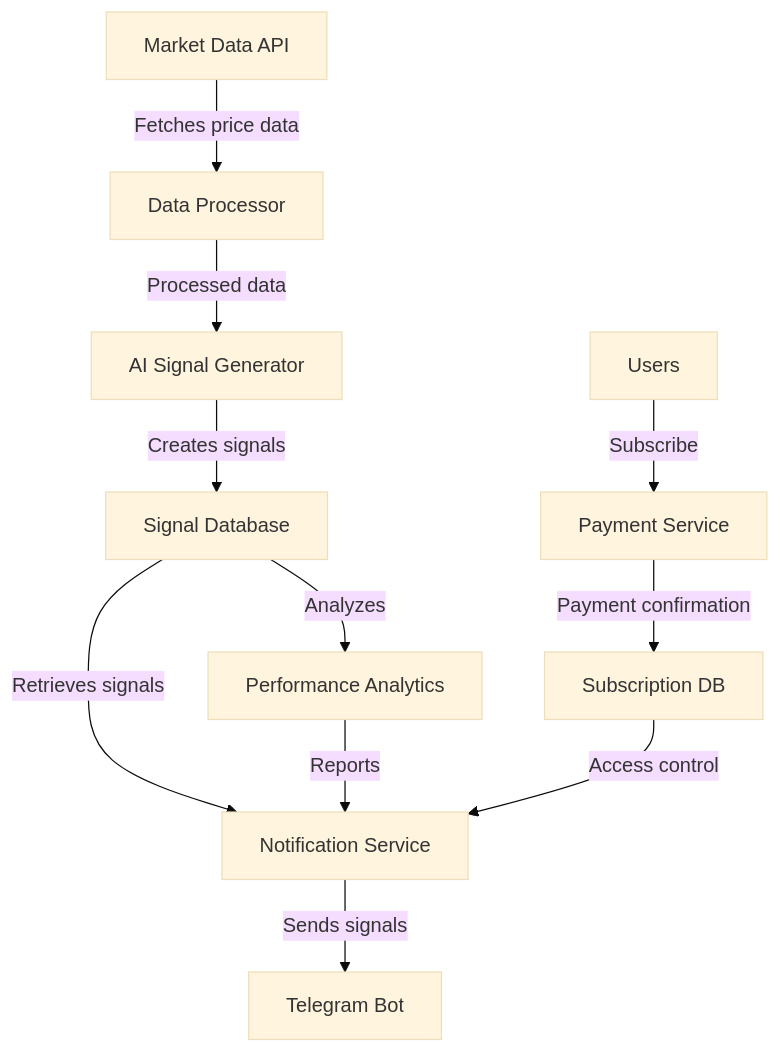
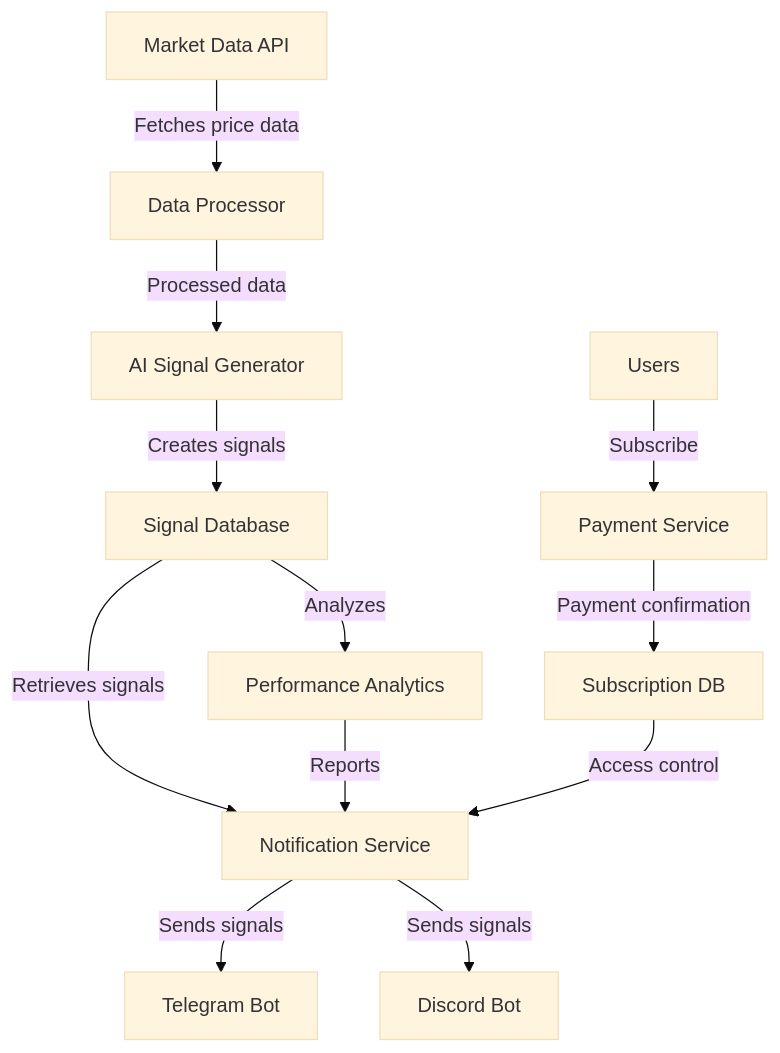
The first of 6 diagrams in README.md (amodoipeter/Signal-zombitx64), drawn with Mermaid (base theme) before and after one commit. The commit also changed other lines of this file and 1 other file, not shown here.

Commit message:
Add XAU/USD to monitored symbols and update README for Discord integration

````diff
--- a/README.md
+++ b/README.md
@@ -18,13 +19,14 @@
 ```mermaid
 graph TD
     A[Market Data API] -->|Fetches price data| B[Data Processor]
     B -->|Processed data| C[AI Signal Generator]
     C -->|Creates signals| D[Signal Database]
     D -->|Retrieves signals| E[Notification Service]
     E -->|Sends signals| F[Telegram Bot]
+    E -->|Sends signals| G[Discord Bot]
     H[Users] -->|Subscribe| I[Payment Service]
     I -->|Payment confirmation| J[Subscription DB]
     J -->|Access control| E
     D -->|Analyzes| K[Performance Analytics]
     K -->|Reports| E
 ```
````
